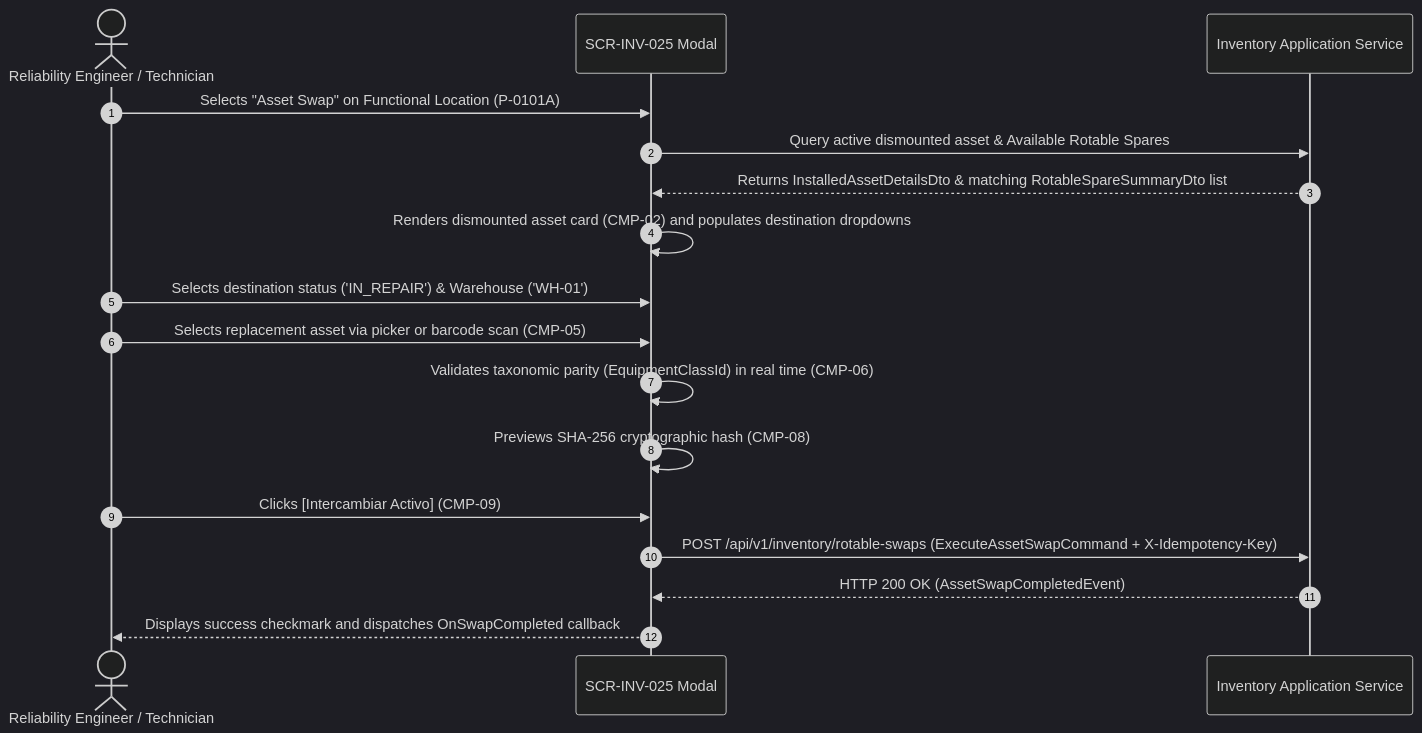
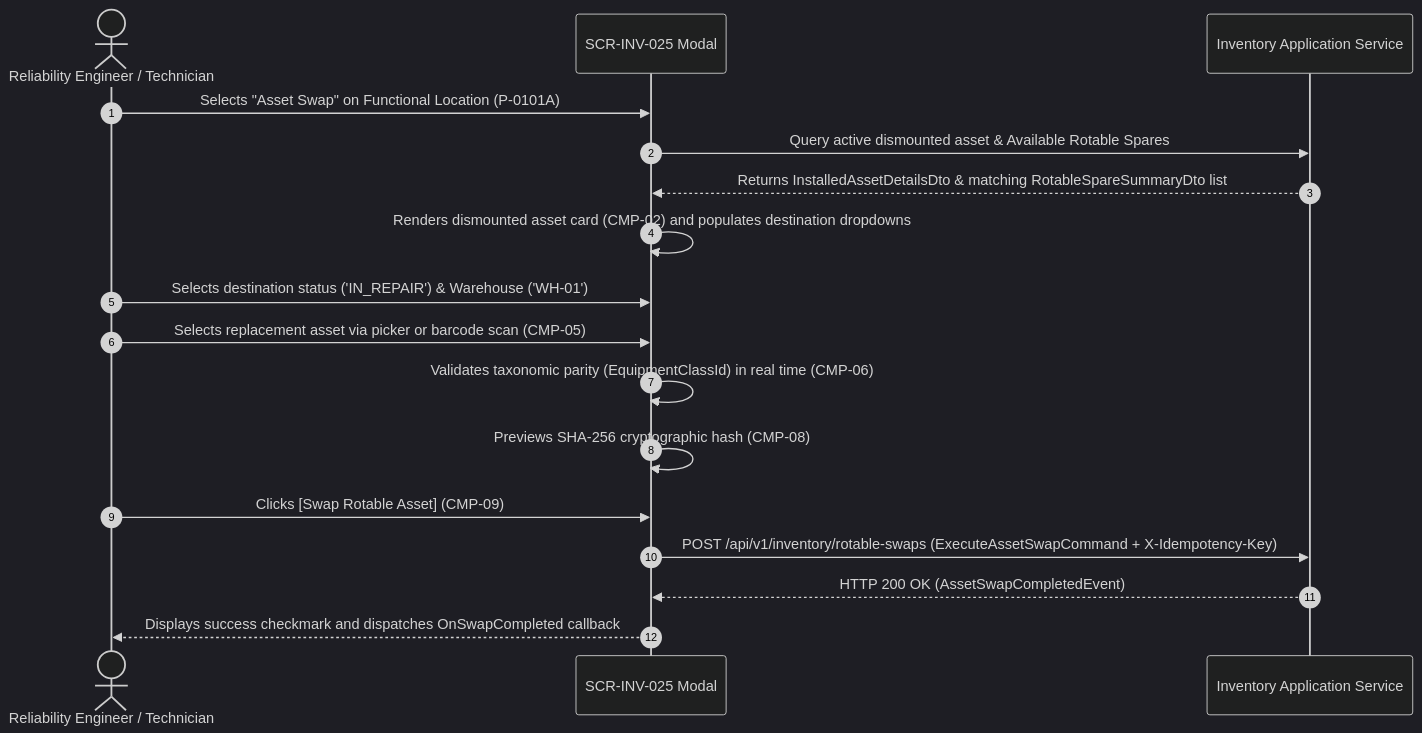
One commit to Novav20/adso-dteam-docs changed the diagram in ui-ux/screens/inv/SCR-INV-025.md. Above: the diagram before and after it, drawn with Mermaid (dark theme). The commit also changed other lines of this file and 3 other files, not shown here.

````diff
--- a/ui-ux/screens/inv/SCR-INV-025.md
+++ b/ui-ux/screens/inv/SCR-INV-025.md
@@ -89,20 +185,20 @@
 ```mermaid
 sequenceDiagram
     autonumber
     actor Tech as Reliability Engineer / Technician
     participant UI as SCR-INV-025 Modal
     participant INV as Inventory Application Service
 
     Tech->>UI: Selects "Asset Swap" on Functional Location (P-0101A)
     UI->>INV: Query active dismounted asset & Available Rotable Spares
     INV-->>UI: Returns InstalledAssetDetailsDto & matching RotableSpareSummaryDto list
     UI->>UI: Renders dismounted asset card (CMP-02) and populates destination dropdowns
     Tech->>UI: Selects destination status ('IN_REPAIR') & Warehouse ('WH-01')
     Tech->>UI: Selects replacement asset via picker or barcode scan (CMP-05)
     UI->>UI: Validates taxonomic parity (EquipmentClassId) in real time (CMP-06)
     UI->>UI: Previews SHA-256 cryptographic hash (CMP-08)
-    Tech->>UI: Clicks [Intercambiar Activo] (CMP-09)
+    Tech->>UI: Clicks [Swap Rotable Asset] (CMP-09)
     UI->>INV: POST /api/v1/inventory/rotable-swaps (ExecuteAssetSwapCommand + X-Idempotency-Key)
     INV-->>UI: HTTP 200 OK (AssetSwapCompletedEvent)
     UI-->>Tech: Displays success checkmark and dispatches OnSwapCompleted callback
 ```
````
